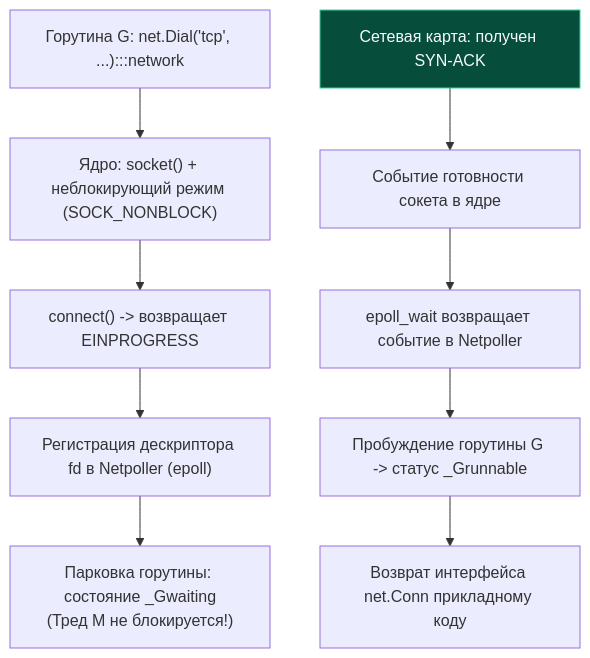
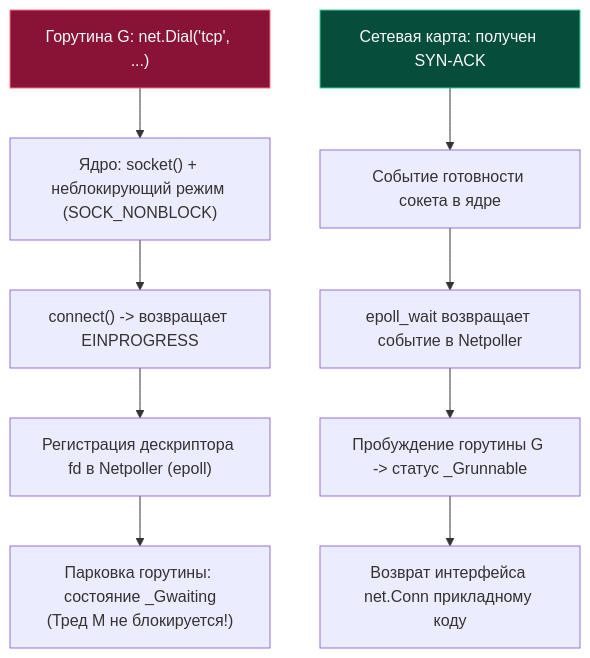
Before and after one commit to UnrealTemplier/go-textbook-ru: the fourth of 4 diagrams in sources/3. Компьютерные сети и сетевой стек/10. TCP. Устройство, гарантии и жизненный цикл соединения.md, drawn with Mermaid. The commit also changed 166 other files, not shown here.

First line of the commit message:
fix(mermaid): move :::class out of quoted node labels

````diff
--- a/sources/3. Компьютерные сети и сетевой стек/10. TCP. Устройство, гарантии и жизненный цикл соединения.md
+++ b/sources/3. Компьютерные сети и сетевой стек/10. TCP. Устройство, гарантии и жизненный цикл соединения.md
@@ -283,22 +283,22 @@
 ```mermaid
 flowchart TD
     classDef process  fill:#1e293b,stroke:#38bdf8,stroke-width:1px,color:#f8fafc
     classDef success  fill:#064e3b,stroke:#34d399,stroke-width:1px,color:#f8fafc
     classDef error    fill:#7f1d1d,stroke:#f87171,stroke-width:1px,color:#f8fafc
     classDef warning  fill:#78350f,stroke:#fbbf24,stroke-width:1px,color:#f8fafc
     classDef entry    fill:#1e3a5f,stroke:#38bdf8,stroke-width:2px,color:#f8fafc
     classDef aux      fill:#334155,stroke:#64748b,stroke-width:1px,color:#f8fafc
     classDef system   fill:#312e81,stroke:#a78bfa,stroke-width:1px,color:#f8fafc
     classDef data     fill:#132d29,stroke:#2dd4bf,stroke-width:1px,color:#f8fafc
     classDef network  fill:#881337,stroke:#fb7185,stroke-width:1px,color:#f8fafc
     classDef accent   fill:#1e1b4b,stroke:#818cf8,stroke-width:1px,color:#f8fafc
-    GoCode["Горутина G: net.Dial('tcp', ...):::network"] --> Syscall["Ядро: socket() + неблокирующий режим (SOCK_NONBLOCK)"]
+    GoCode["Горутина G: net.Dial('tcp', ...)"]:::network --> Syscall["Ядро: socket() + неблокирующий режим (SOCK_NONBLOCK)"]
     Syscall --> Connect["connect() -> возвращает EINPROGRESS"]
     Connect --> Netpoller["Регистрация дескриптора fd в Netpoller (epoll)"]
     Netpoller --> Park["Парковка горутины: состояние _Gwaiting<br/>(Тред M не блокируется!)"]
     
     NIC["Сетевая карта: получен SYN-ACK"]:::success --> KernelEvent["Событие готовности сокета в ядре"]
     KernelEvent --> EpollWait["epoll_wait возвращает событие в Netpoller"]
     EpollWait --> Wake["Пробуждение горутины G -> статус _Grunnable"]
     Wake --> ReturnConn["Возврат интерфейса net.Conn прикладному коду"]
 ```
````
